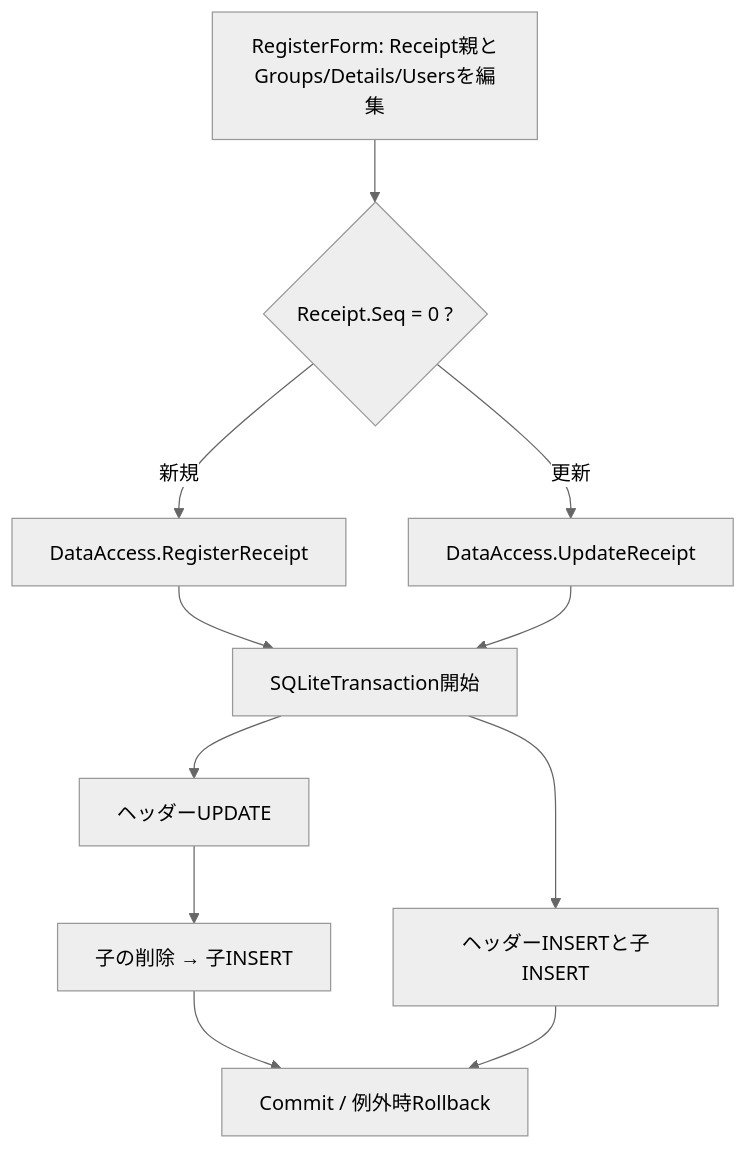
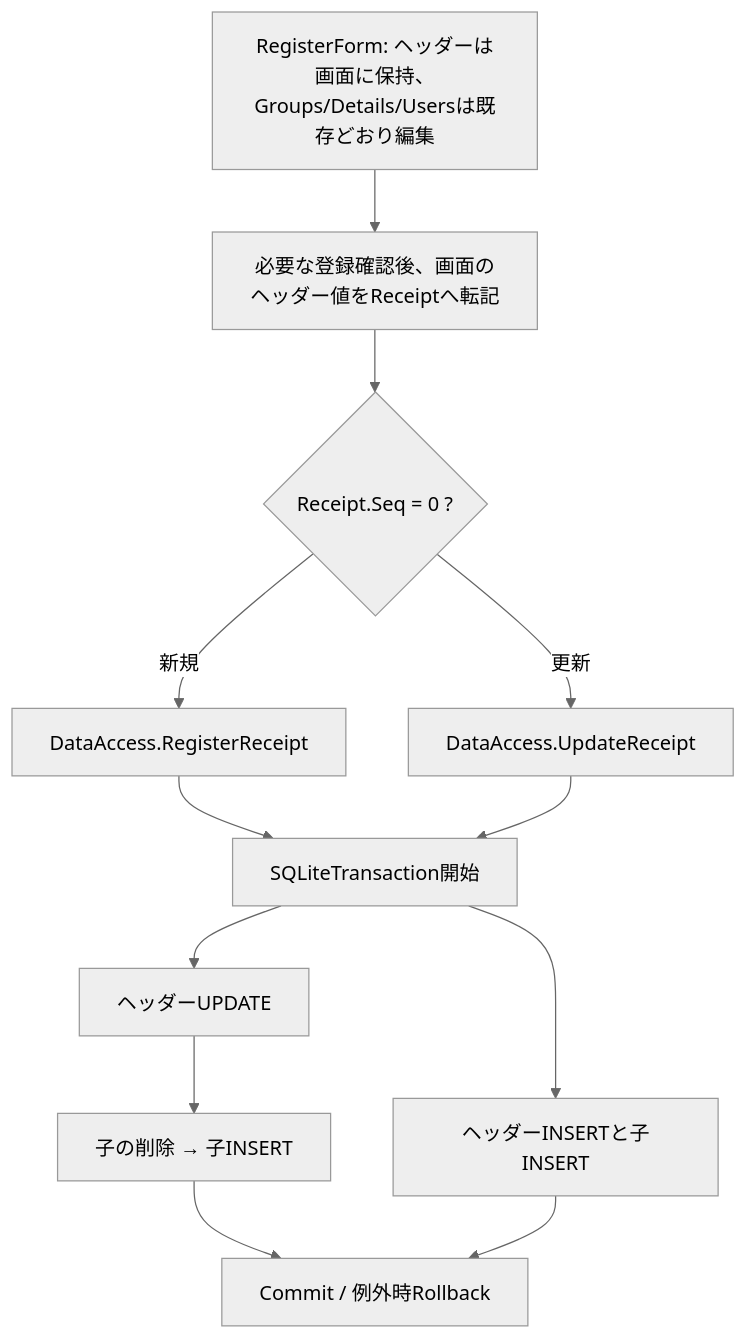
The second of 2 diagrams in docs/10-data-flow.md (k-o-a-b-c/monetail), drawn with Mermaid (neutral theme) before and after one commit. The commit also changed other lines of this file and 19 other files, not shown here.

````diff
--- a/docs/10-data-flow.md
+++ b/docs/10-data-flow.md
@@ -43,22 +43,24 @@
 ```mermaid
 flowchart TD
-    A["RegisterForm: Receipt親とGroups/Details/Usersを編集"]
+    A["RegisterForm: ヘッダーは画面に保持、Groups/Details/Usersは既存どおり編集"]
+    A2["必要な登録確認後、画面のヘッダー値をReceiptへ転記"]
     B{"Receipt.Seq = 0 ?"}
     C["DataAccess.RegisterReceipt"]
     D["DataAccess.UpdateReceipt"]
     E["SQLiteTransaction開始"]
     F["ヘッダーINSERTと子INSERT"]
     G["ヘッダーUPDATE"]
     H["子の削除 → 子INSERT"]
     I["Commit / 例外時Rollback"]
-    A --> B
+    A --> A2
+    A2 --> B
     B -->|新規| C
     B -->|更新| D
     C --> E
     D --> E
     E --> F
     E --> G
     G --> H
     H --> I
     F --> I
 ```
````
